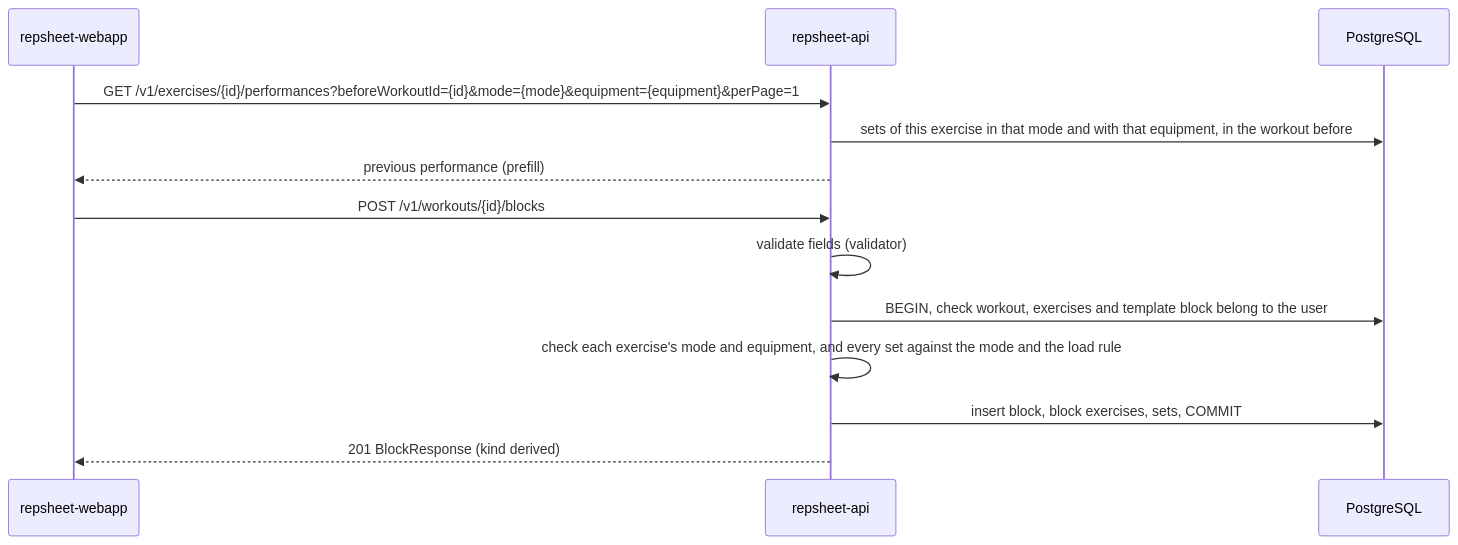
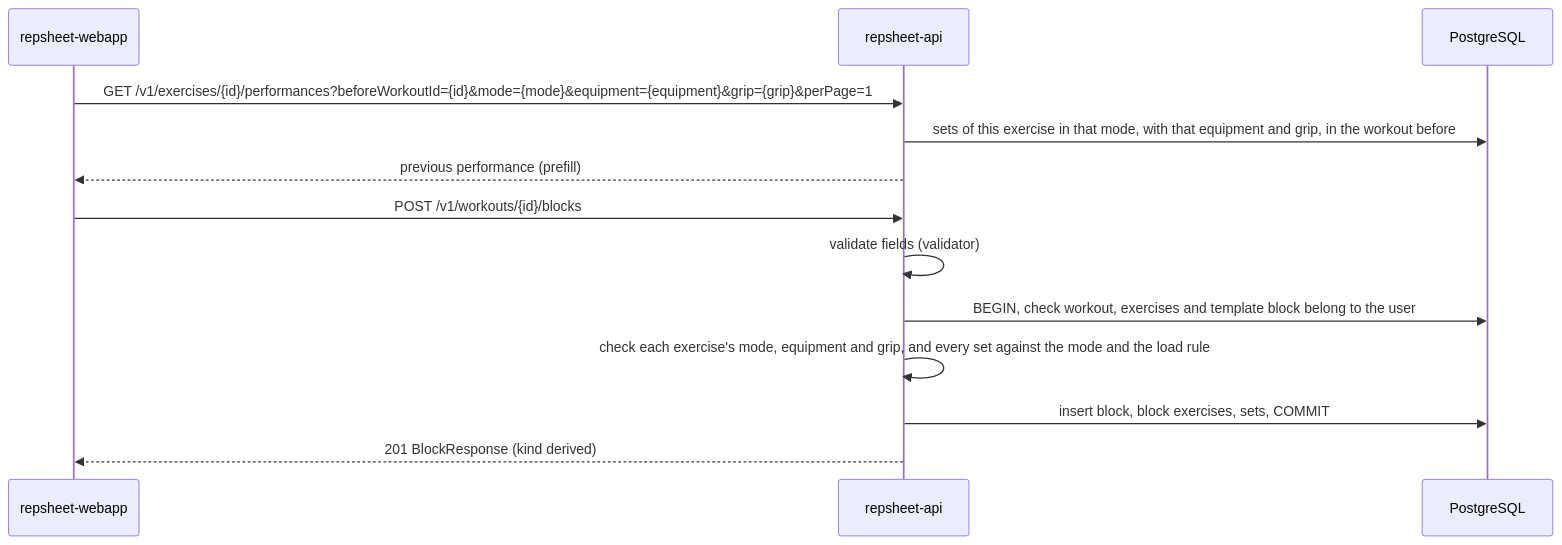
Before and after one commit to therealm-tech/repsheet: the second of 3 diagrams in ARCHITECTURE.md, drawn with Mermaid. The commit also changed other lines of this file and 58 other files, not shown here.

First line of the commit message:
let an exercise be held with a grip (#25)

````diff
--- a/ARCHITECTURE.md
+++ b/ARCHITECTURE.md
@@ -68,16 +68,16 @@
 ```mermaid
 sequenceDiagram
     participant W as repsheet-webapp
     participant A as repsheet-api
     participant P as PostgreSQL
 
-    W->>A: GET /v1/exercises/{id}/performances?beforeWorkoutId={id}&mode={mode}&equipment={equipment}&perPage=1
-    A->>P: sets of this exercise in that mode and with that equipment, in the workout before
+    W->>A: GET /v1/exercises/{id}/performances?beforeWorkoutId={id}&mode={mode}&equipment={equipment}&grip={grip}&perPage=1
+    A->>P: sets of this exercise in that mode, with that equipment and grip, in the workout before
     A-->>W: previous performance (prefill)
     W->>A: POST /v1/workouts/{id}/blocks
     A->>A: validate fields (validator)
     A->>P: BEGIN, check workout, exercises and template block belong to the user
-    A->>A: check each exercise's mode and equipment, and every set against the mode and the load rule
+    A->>A: check each exercise's mode, equipment and grip, and every set against the mode and the load rule
     A->>P: insert block, block exercises, sets, COMMIT
     A-->>W: 201 BlockResponse (kind derived)
 ```
````
